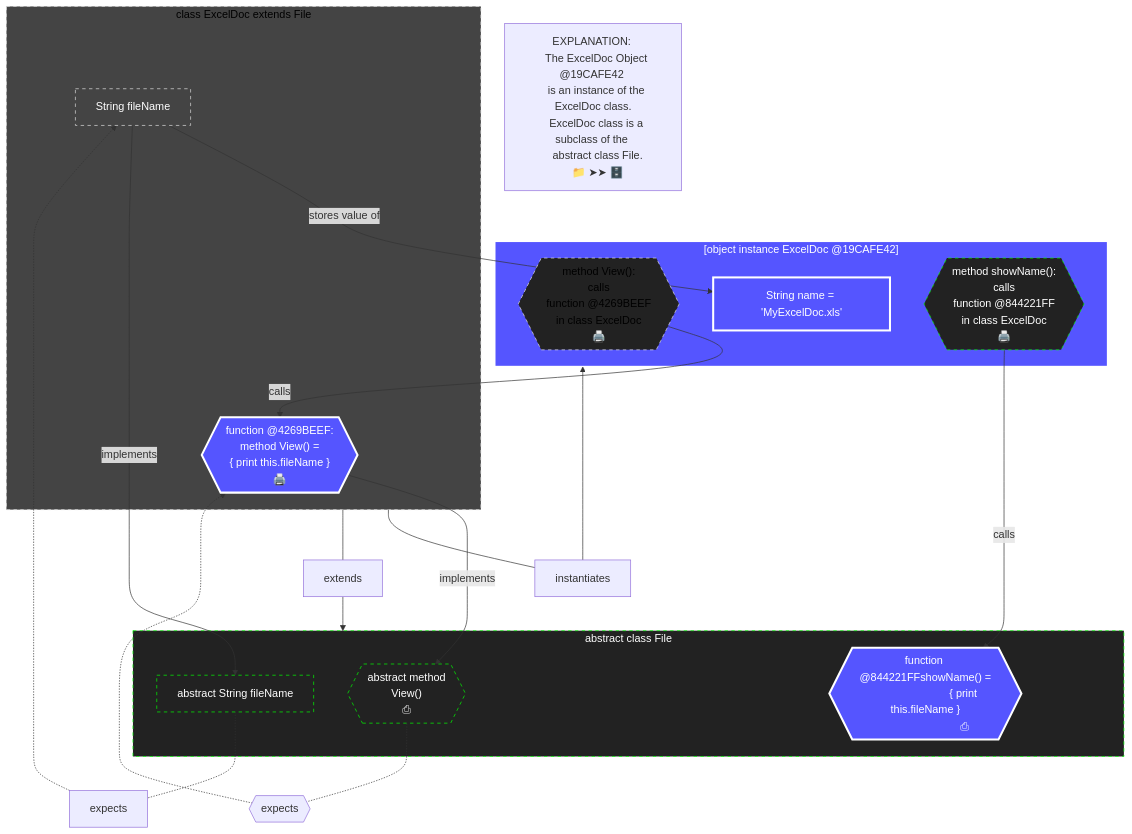
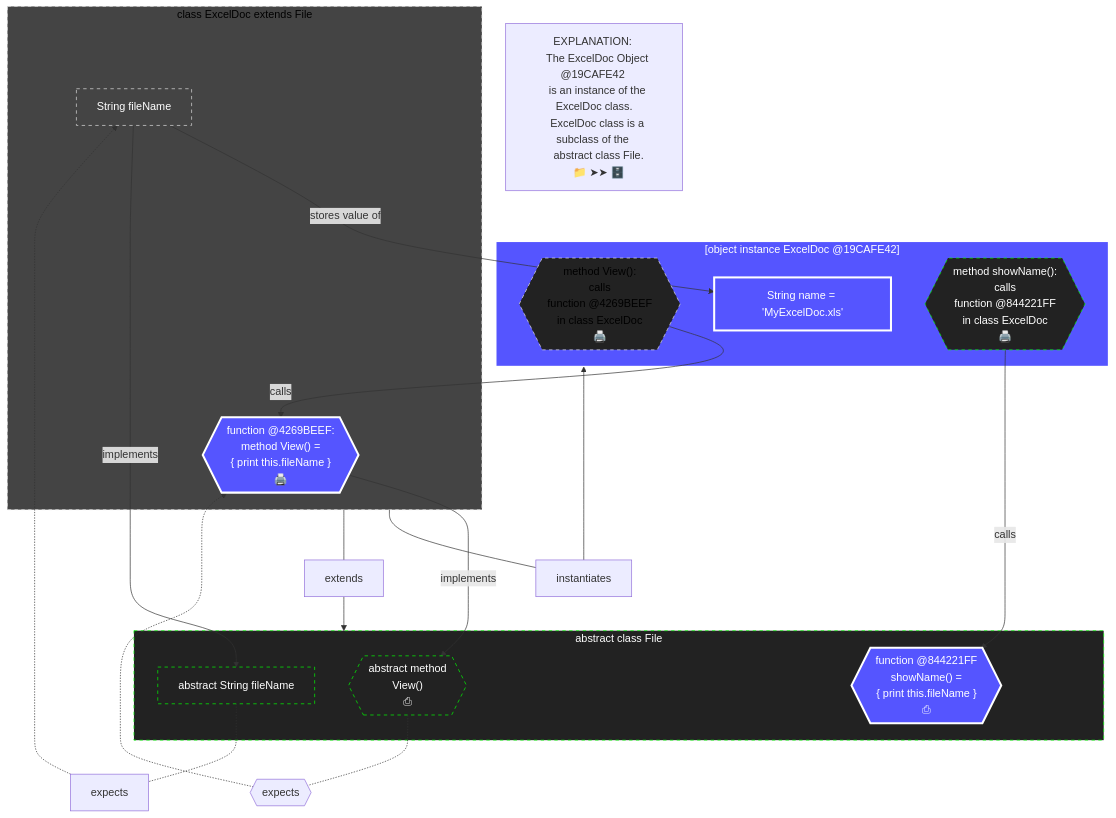
The seventh of 8 diagrams in 09-ClassOrientedProgramming.md (realityexpander/How_to_program_from_ground_up), drawn with Mermaid before and after one commit.

Commit message:
fix abstract diagram

````diff
--- a/09-ClassOrientedProgramming.md
+++ b/09-ClassOrientedProgramming.md
@@ -849,76 +849,77 @@
    ```mermaid
      flowchart TB
    
      ExcelDocObjectViewMethodFunctionPointer -- calls --> ExcelDocClassViewMethod
      ExcelDocClassAgeInt -- stores value of --> ExcelDocObjectAgeInt 
      
      ExcelDocObject:::Object
      subgraph ExcelDocObject["[object instance ExcelDoc @19CAFE42]"]
          ExcelDocObjectAgeInt["String name = 'MyExcelDoc.xls'"]
          ExcelDocObjectViewMethodFunctionPointer{{"method View(): 
             calls 
             function @4269BEEF
             in class ExcelDoc
             🖨️
             "}}
          ExcelDocObjectShowNameMethodFunctionPointer{{"method showName(): 
             calls 
             function @844221FF
             in class ExcelDoc
             🖨️
             "}}   
      end
      ExcelDocObjectShowNameMethodFunctionPointer -- calls --> abstractShowNameMethod
      ExcelDocObjectViewMethodFunctionPointer:::Abstract
      ExcelDocObjectShowNameMethodFunctionPointer:::Abstract
      
      subgraph classExcelDoc["class ExcelDoc extends File"]
          ExcelDocClassViewMethod{{"function @4269BEEF:  
             method View() =
             { print this.fileName }
             🖨️
             "}}
          ExcelDocClassAgeInt["String fileName"]
      end
      abstractAgeInt -.- expects -.-> ExcelDocClassAgeInt
      abstractViewMethod -.- expects2{{"expects"}} -.-> ExcelDocClassViewMethod:::Object
      ExcelDocClassAgeInt -- implements ---> abstractAgeInt:::Abstract
    
      note["
         EXPLANATION: 
         The ExcelDoc Object @19CAFE42 
         is an instance of the ExcelDoc class.
         ExcelDoc class is a subclass of the 
         abstract class File.
         📁 ➤➤ 🗄️"]
      
      classExcelDoc --- instantiates ---> ExcelDocObject
      classExcelDoc --- extends --> abstractFile:::Abstract
      ExcelDocClassViewMethod -- implements --> abstractViewMethod:::Abstract
      
      subgraph abstractFile["abstract class File"]
        abstractAgeInt["abstract String fileName"]
-       abstractShowNameMethod{{"function @844221FFshowName() =
+       abstractShowNameMethod{{"function @844221FF
+                                showName() =
                                { print this.fileName }
                                ⎙
                              "}}:::Object
 
        abstractViewMethod{{"
           abstract method 
           View()
           ⎙
           "}}
           
      end
    
      classDef Abstract fill:#222, stroke:#0F0, stroke-width:1px, color:#fff, stroke-dasharray: 5 5
      
      classDef Class fill:#444, stroke:#00F, stroke-width:1px, color:#000, stroke-dasharray: 5 5
      %% For nodes that are the source of a link, the style must be defined in the link, not the classDef. 
      style classExcelDoc fill:#444, stroke:#DDD, stroke-width:1px, color:#000, stroke-dasharray: 5 5
      style ExcelDocClassAgeInt fill:#444, stroke:#DDD, stroke-width:1px, color:#FFF, stroke-dasharray: 5 5
      
      classDef Object fill:#55F, stroke:#FFF, stroke-width:3px, color:#fff
      style ExcelDocObjectAgeInt fill:#55F, stroke:#FFF, stroke-width:3px, color:#fff
      style ExcelDocObjectViewMethodFunctionPointer fill:#222, stroke:#DDD, stroke-width:1px, color:#000, stroke-dasharray: 5 5
    ```
````
